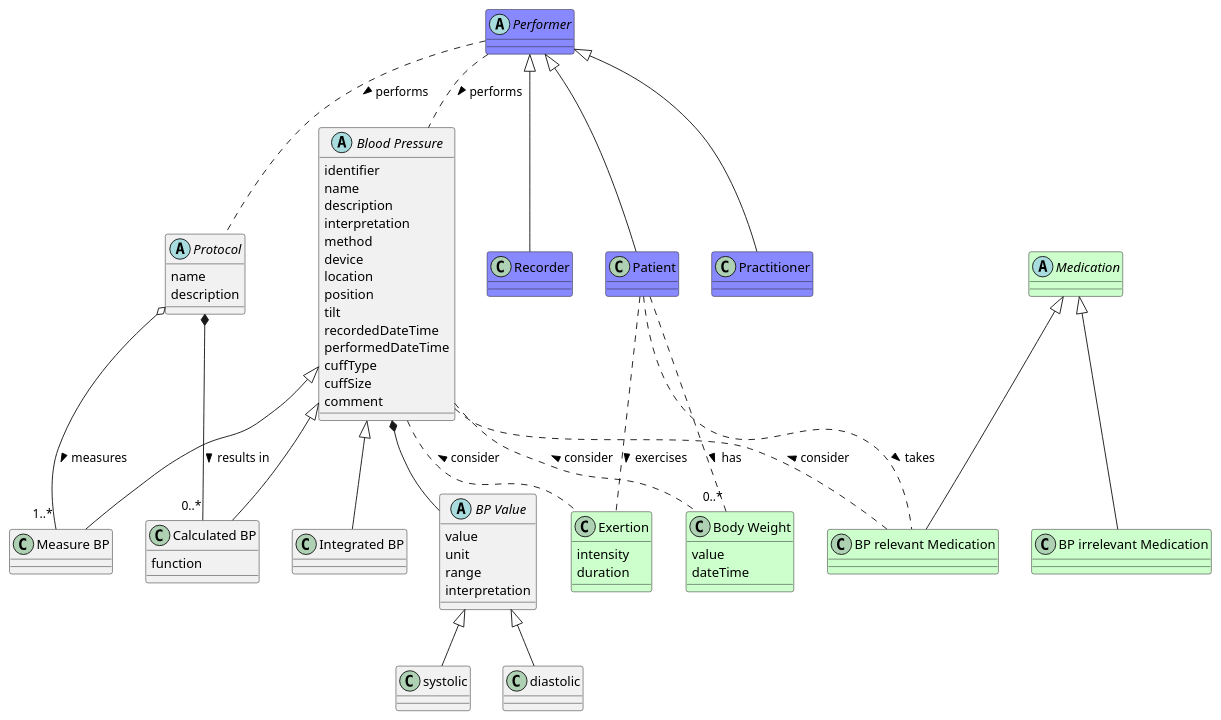
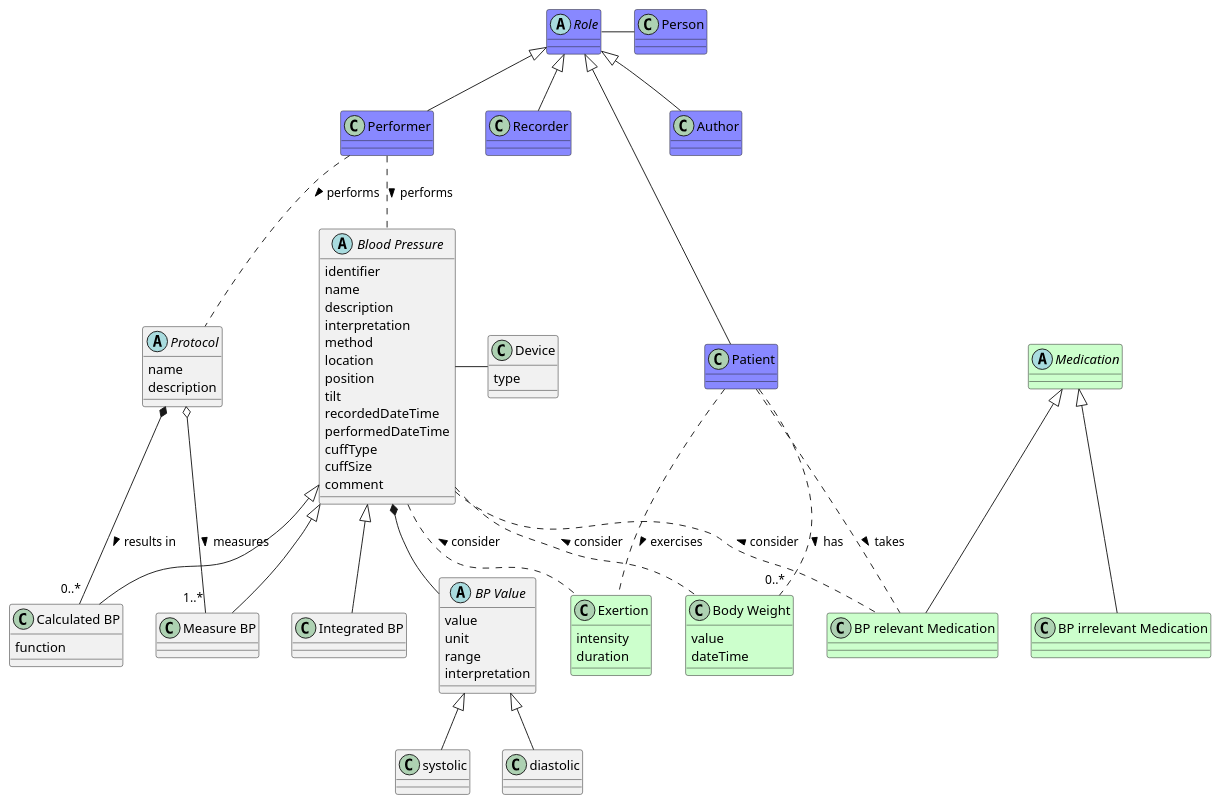
Before and after one commit to frankoemig/bloodpressure: the diagram in input/images-source/overview_model.plantuml, drawn with PlantUML. The commit also changed 6 other files, not shown here.

```diff
--- a/input/images-source/overview_model.plantuml
+++ b/input/images-source/overview_model.plantuml
@@ -1,93 +1,106 @@
 @startuml
 
-skinparam svgDimensionStyle false
+'skinparam svgDimensionStyle false
 
 abstract class "Blood Pressure" as abp  {
     identifier
     name
     description
     interpretation
     method
-    device
     location
     position
     tilt
     recordedDateTime
     performedDateTime
     cuffType
     cuffSize
     comment
 }
+
+class "Device" as dev {
+    type
+}
+
+abp -right- dev
 
 class "Calculated BP" as cbp {
     function
 }
 class "Measure BP" as mbp
 class "Integrated BP" as ibp
 
 abstract class "Protocol" as prot {
     name
     description
 }
-abstract class "Performer" as perf #88f
+
+class "Person" as pers #88f
+
+abstract class "Role" as role #88f
+
+class "Performer" as perf #88f
 class "Recorder" as rec #88f
 
 class "Patient" as pat #88f
-class "Practitioner" as prac #88f
+class "Author" as author #88f
 
 abstract class "BP Value" as val {
     value
     unit
     range
     interpretation
 }
 class "systolic" as sys
 class "diastolic" as diast
 
 val <|-- sys
 val <|-- diast
 
 abp <|-- cbp
 abp <|-- mbp
 abp <|-- ibp
 
 abp *-- val
 
 
 prot *-- "0..*" cbp : results in >
 prot o-- "1..*" mbp : measures >
 
 perf .. abp : performs >
 perf .. prot : performs >
 
-perf <|-- pat
-perf <|-- prac
-perf <|-- rec
+role -right- pers
+
+role <|-- perf
+role <|-- pat
+role <|-- author
+role <|-- rec
 
 abstract class "Medication" as med #cfc
 class "BP relevant Medication" as bpmed #cfc
 class "BP irrelevant Medication" as bpmed2 #cfc
 
 med <|-- bpmed
 med <|-- bpmed2
 
 class "Body Weight" as bw #cfc {
     value
     dateTime
 }
 
 abp .. bpmed : consider <
 abp .. bw : consider <
 
 class "Exertion" as exer #cfc {
     intensity
     duration
 }
 
 pat .. exer : exercises >
 pat .. "0..*" bw : has >
 pat .. bpmed : takes >
 
 abp .. exer : consider <
 
 @enduml
```
